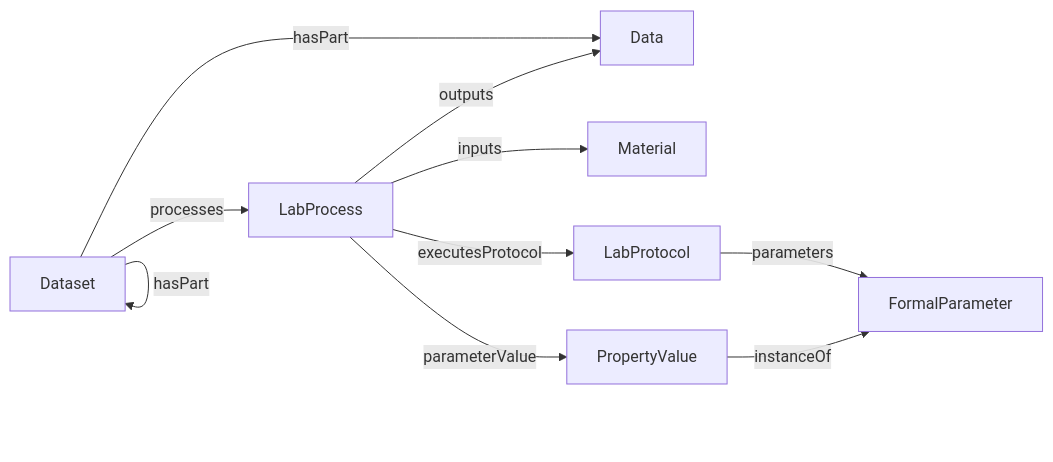
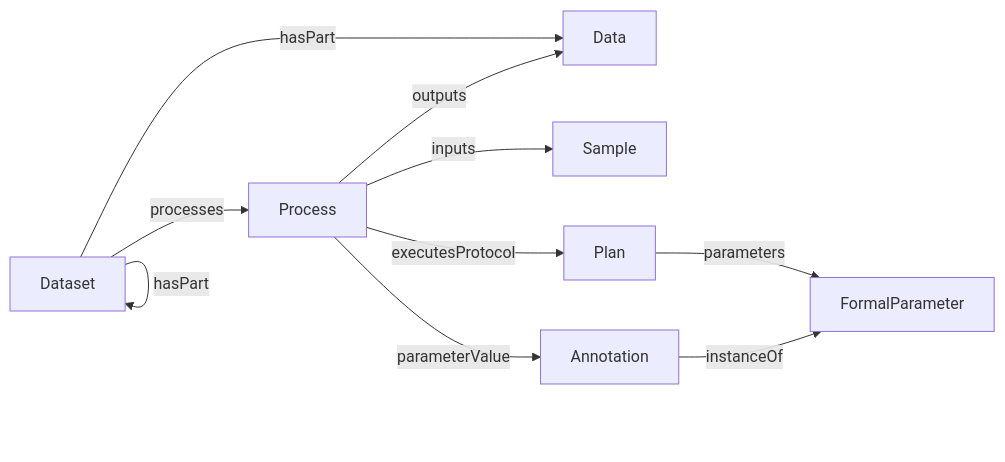
The diagram in docs/spec/core/overview.md (HLWeil/ProcessCore), drawn with Mermaid before and after one commit. The commit also changed other lines of this file and 134 other files, not shown here.

````diff
--- a/docs/spec/core/overview.md
+++ b/docs/spec/core/overview.md
@@ -27,12 +27,12 @@
 ```mermaid
 flowchart LR
-    Dataset --processes--> LabProcess
+    Dataset --processes--> Process
     Dataset --hasPart--> Data
     Dataset --hasPart--> Dataset
-    LabProcess --inputs--> Material
-    LabProcess --"outputs"--> Data
-    LabProcess --executesProtocol--> LabProtocol
-    LabProcess --parameterValue--> PropertyValue
-    LabProtocol --parameters--> FormalParameter
-    PropertyValue --instanceOf--> FormalParameter
+    Process --inputs--> Sample
+    Process --"outputs"--> Data
+    Process --executesProtocol--> Plan
+    Process --parameterValue--> Annotation
+    Plan --parameters--> FormalParameter
+    Annotation --instanceOf--> FormalParameter
 ```
````
